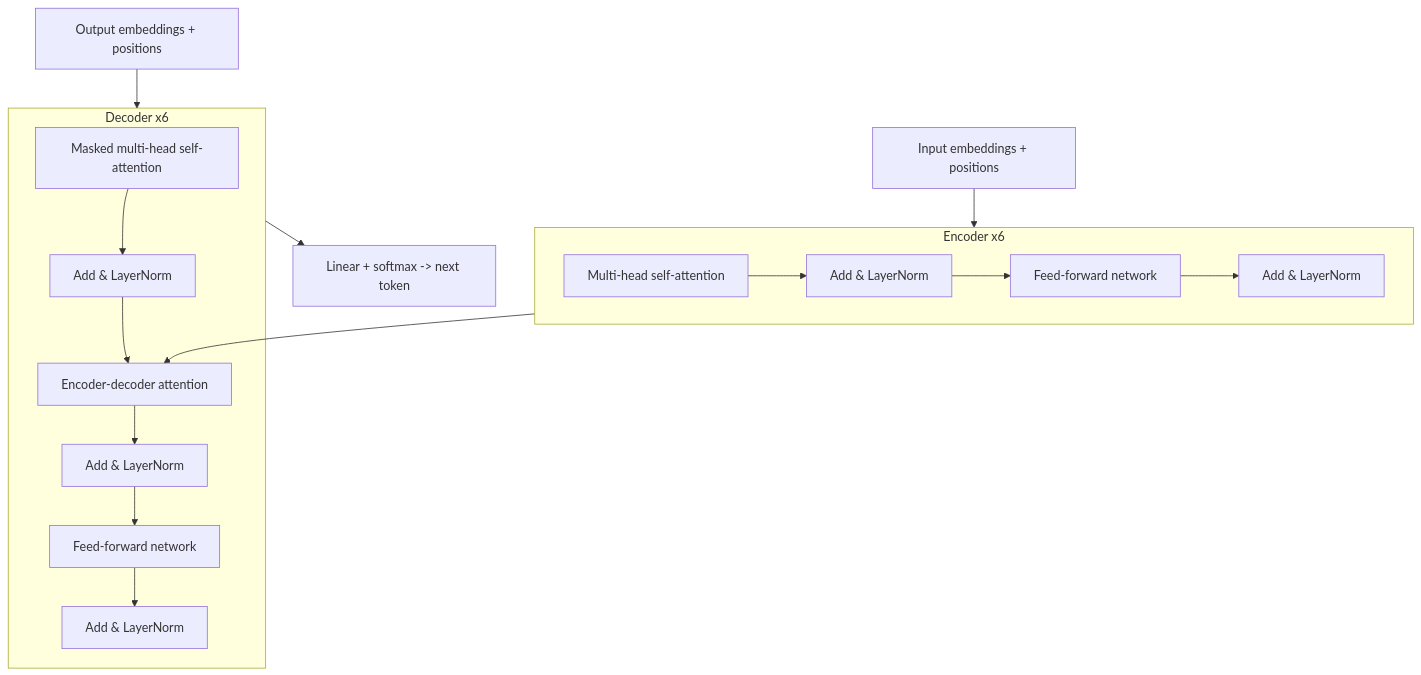
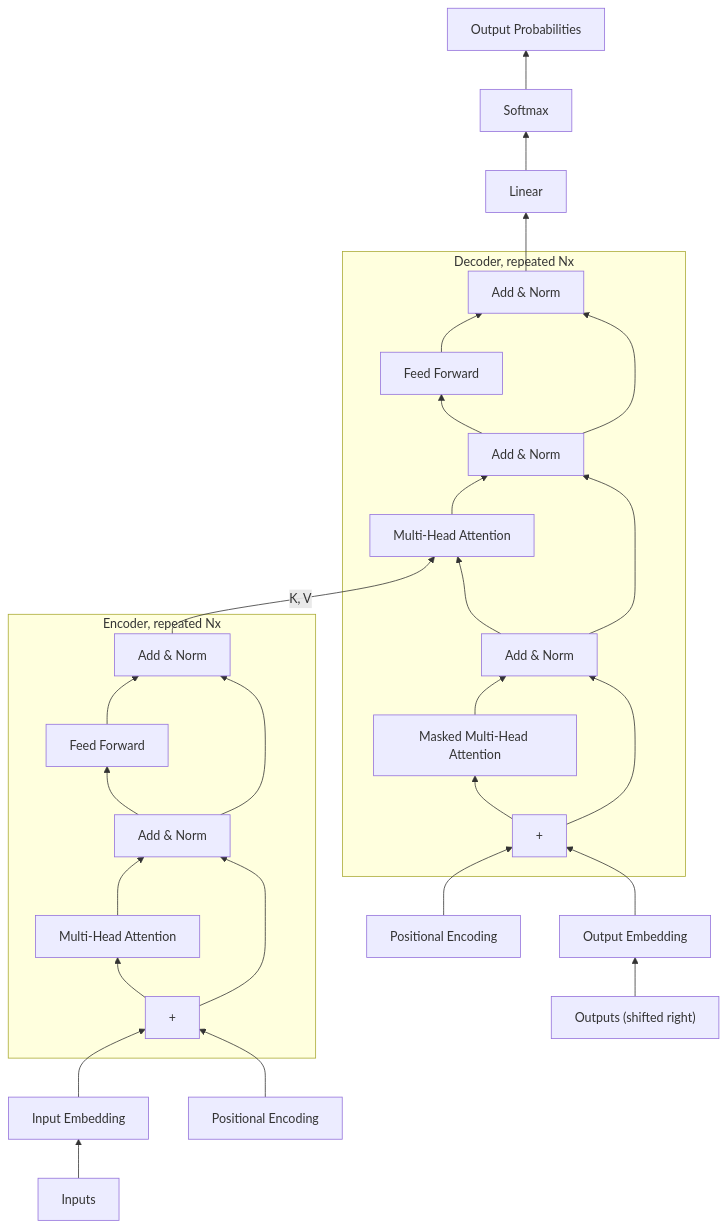
The diagram in src/data/md/tf-architecture.md (lokendra1704/devforge), drawn with Mermaid before and after one commit. The commit also changed other lines of this file, not shown here.

Commit message:
Redraw transformer architecture diagram to match the paper's Figure 1
Replace the simplified encoder/decoder flowchart with a faithful
reproduction of Figure 1's structure: embeddings + positional encoding,
explicit residual Add & Norm boxes, encoder K/V feeding the decoder's
second attention sub-layer, and the Linear/Softmax output head.

````diff
--- a/src/data/md/tf-architecture.md
+++ b/src/data/md/tf-architecture.md
@@ -20,19 +22,37 @@
 ```mermaid
-flowchart TD
-  subgraph Encoder["Encoder x6"]
-    E1["Multi-head self-attention"] --> E2["Add & LayerNorm"]
-    E2 --> E3["Feed-forward network"]
-    E3 --> E4["Add & LayerNorm"]
+flowchart BT
+  Inputs["Inputs"] --> InEmb["Input Embedding"]
+  InEmb --> InSum["+"]
+  PosEnc1["Positional Encoding"] --> InSum
+
+  subgraph EncoderStack["Encoder, repeated Nx"]
+    InSum --> EncMHA["Multi-Head Attention"]
+    EncMHA --> EncAdd1["Add & Norm"]
+    InSum --> EncAdd1
+    EncAdd1 --> EncFF["Feed Forward"]
+    EncFF --> EncAdd2["Add & Norm"]
+    EncAdd1 --> EncAdd2
   end
-  subgraph Decoder["Decoder x6"]
-    D1["Masked multi-head self-attention"] --> D2["Add & LayerNorm"]
-    D2 --> D3["Encoder-decoder attention"]
-    D3 --> D4["Add & LayerNorm"]
-    D4 --> D5["Feed-forward network"]
-    D5 --> D6["Add & LayerNorm"]
+
+  Outputs["Outputs (shifted right)"] --> OutEmb["Output Embedding"]
+  OutEmb --> OutSum["+"]
+  PosEnc2["Positional Encoding"] --> OutSum
+
+  subgraph DecoderStack["Decoder, repeated Nx"]
+    OutSum --> DecMaskedMHA["Masked Multi-Head Attention"]
+    DecMaskedMHA --> DecAdd1["Add & Norm"]
+    OutSum --> DecAdd1
+    DecAdd1 --> DecMHA["Multi-Head Attention"]
+    DecMHA --> DecAdd2["Add & Norm"]
+    DecAdd1 --> DecAdd2
+    DecAdd2 --> DecFF["Feed Forward"]
+    DecFF --> DecAdd3["Add & Norm"]
+    DecAdd2 --> DecAdd3
   end
-  Input["Input embeddings + positions"] --> Encoder
-  Encoder --> D3
-  Output["Output embeddings + positions"] --> Decoder
-  Decoder --> Final["Linear + softmax -> next token"]
+
+  EncAdd2 -- "K, V" --> DecMHA
+
+  DecAdd3 --> Linear["Linear"]
+  Linear --> Softmax["Softmax"]
+  Softmax --> OutProbs["Output Probabilities"]
 ```
````
